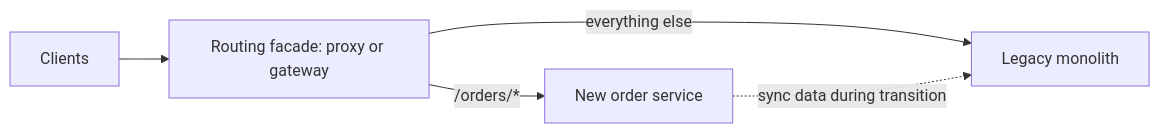
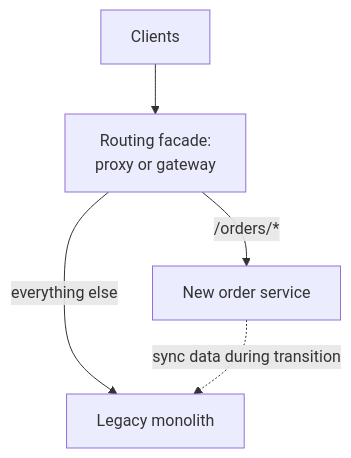
One commit to butyavk/system-design changed the second of 2 diagrams in src/content/docs/architecture/monolith-and-microservices.mdx. Above: the diagram before and after it, drawn with Mermaid. The commit also changed other lines of this file and 144 other files, not shown here.

````diff
--- a/src/content/docs/architecture/monolith-and-microservices.mdx
+++ b/src/content/docs/architecture/monolith-and-microservices.mdx
@@ -100,7 +100,7 @@
 ```mermaid
-flowchart LR
-  client["Clients"] --> facade["Routing facade: proxy or gateway"]
+flowchart TB
+  client["Clients"] --> facade["Routing facade:<br/>proxy or gateway"]
   facade -->|"/orders/*"| newsvc["New order service"]
   facade -->|"everything else"| legacy["Legacy monolith"]
   newsvc -.->|"sync data during transition"| legacy
 ```
````
